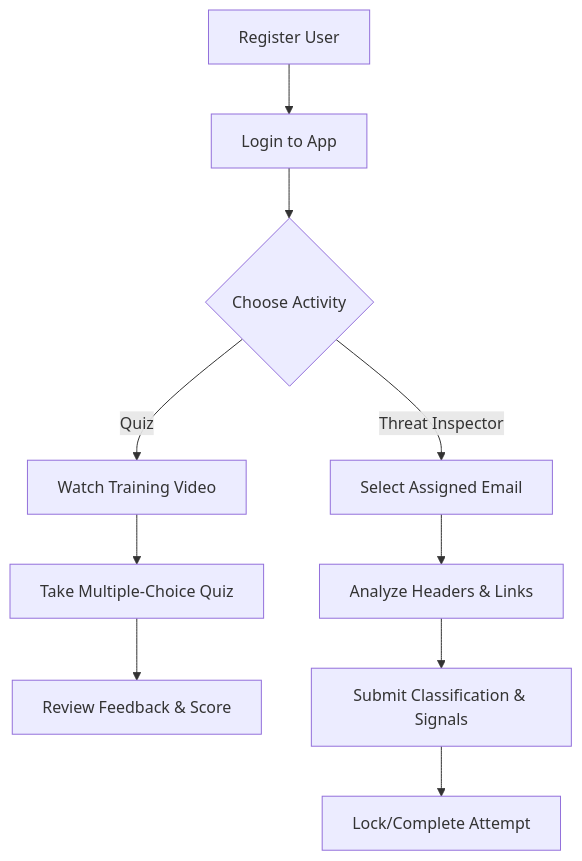
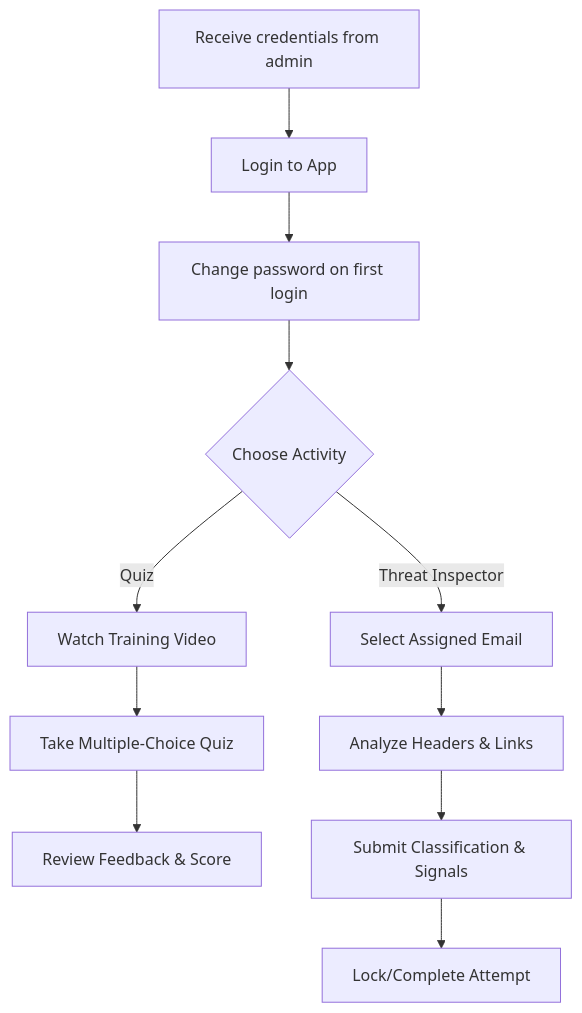
The diagram in documentation/user/STUDENT_GUIDE.md (Panacota96/master-Project-Phishing), drawn with Mermaid before and after one commit. The commit also changed other lines of this file and 3 other files, not shown here.

````diff
--- a/documentation/user/STUDENT_GUIDE.md
+++ b/documentation/user/STUDENT_GUIDE.md
@@ -8,12 +13,13 @@
 ```mermaid
 flowchart TD
-    A[Register User] --> B[Login to App]
-    B --> C{Choose Activity}
-    C -- "Quiz" --> D[Watch Training Video]
-    D --> E[Take Multiple-Choice Quiz]
-    E --> F[Review Feedback & Score]
-    C -- "Threat Inspector" --> G[Select Assigned Email]
-    G --> H[Analyze Headers & Links]
-    H --> I[Submit Classification & Signals]
-    I --> J[Lock/Complete Attempt]
+    A[Receive credentials from admin] --> B[Login to App]
+    B --> C[Change password on first login]
+    C --> D{Choose Activity}
+    D -- "Quiz" --> E[Watch Training Video]
+    E --> F[Take Multiple-Choice Quiz]
+    F --> G[Review Feedback & Score]
+    D -- "Threat Inspector" --> H[Select Assigned Email]
+    H --> I[Analyze Headers & Links]
+    I --> J[Submit Classification & Signals]
+    J --> K[Lock/Complete Attempt]
 ```
````
